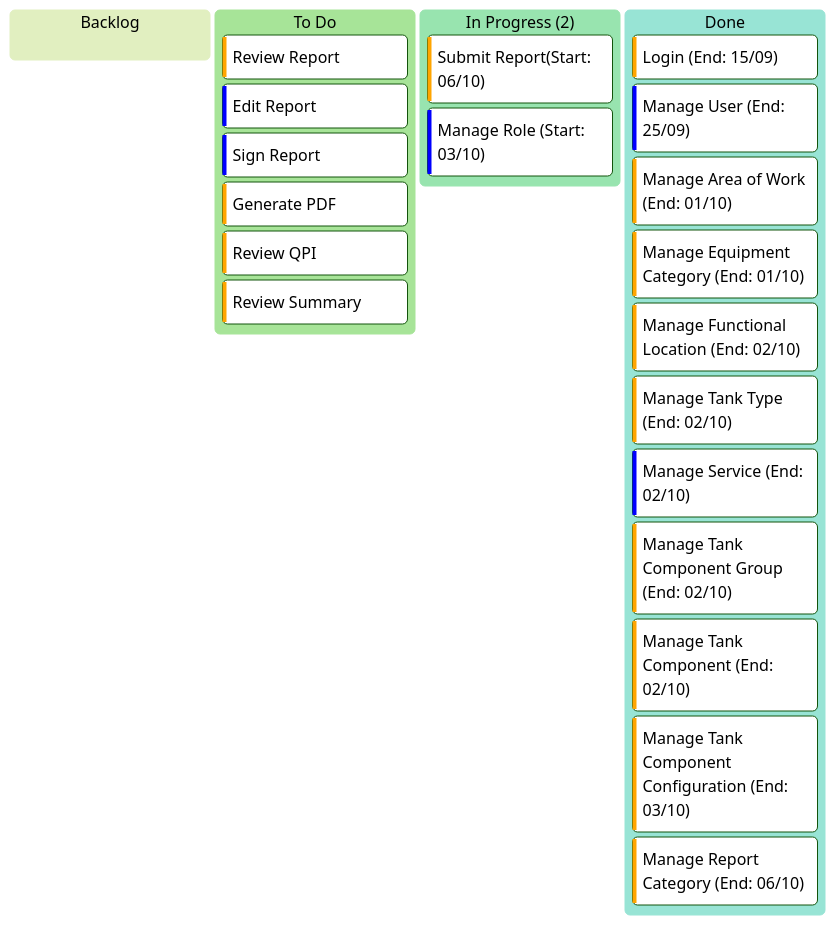
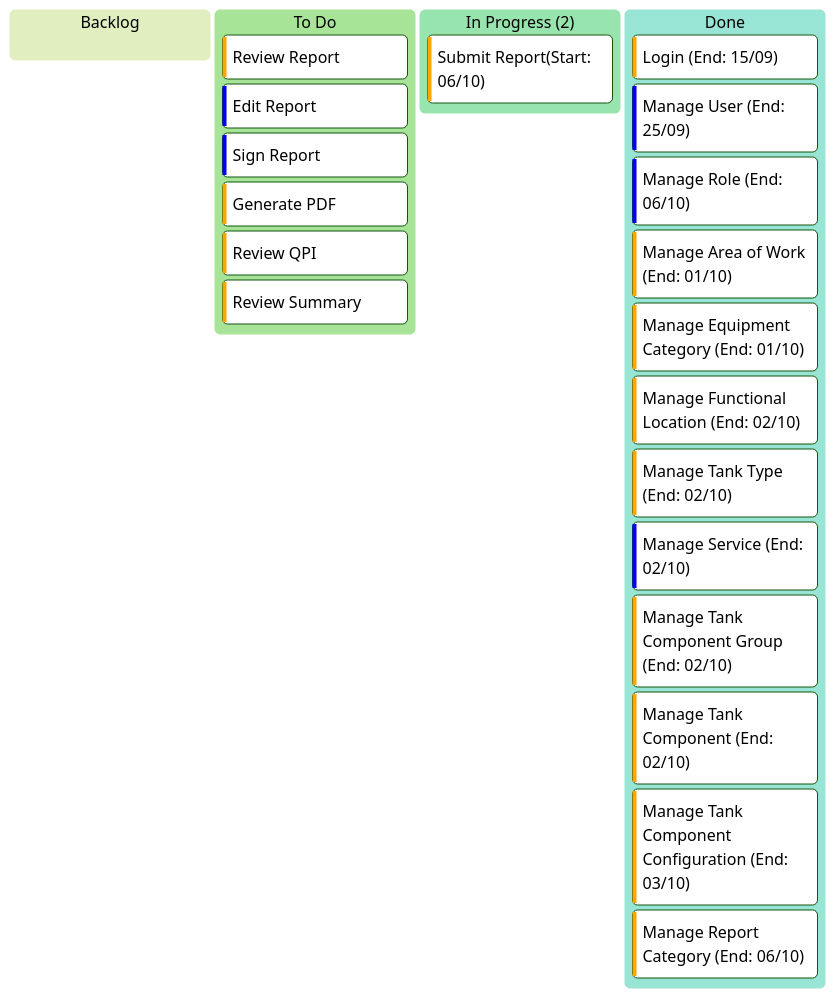
Before and after one commit to billdansr/kanban-boc-om: the diagram in Kanban/02-Kanban.md, drawn with Mermaid (forest theme).

Commit message:
vault backup: 2025-10-06 11:21:07 Manage Role: In Progress -> Done. Ended in 06/10

````diff
--- a/Kanban/02-Kanban.md
+++ b/Kanban/02-Kanban.md
@@ -3,29 +3,29 @@
 ```mermaid
 kanban
   backlog[Backlog]
 
   todo[To Do]
 	  uc03[Review Report]@{priority: 'High'}
 	  uc04[Edit Report]@{priority: 'Low'}
 	  uc05[Sign Report]@{priority: 'Low'}
 	  uc06[Generate PDF]@{priority: 'High'}
 	  uc07[Review QPI]@{priority: 'High'}
 	  uc08[Review Summary]@{priority: 'High'}
 	  
   inprogress["In Progress (2)"]
 	  uc02["Submit Report(Start: 06/10)"]@{priority: 'High'}
-	  uc10["Manage Role (Start: 03/10)"]@{priority: 'Low'}
 
   done[Done]
 	  uc01["Login (End: 15/09)"]@{priority: 'High'}
 	  uc09["Manage User (End: 25/09)"]@{priority: 'Low'}
+	  uc10["Manage Role (End: 06/10)"]@{priority: 'Low'}
 	  uc11["Manage Area of Work (End: 01/10)"]@{priority: 'High'}
 	  uc12["Manage Equipment Category (End: 01/10)"]@{priority: 'High'}
 	  uc13["Manage Functional Location (End: 02/10)"]@{priority: 'High'}
 	  uc14["Manage Tank Type (End: 02/10)"]@{priority: 'High'}
 	  uc15["Manage Service (End: 02/10)"]@{priority: 'Low'}
 	  uc16["Manage Tank Component Group (End: 02/10)"]@{priority: 'High'}
 	  uc17["Manage Tank Component (End: 02/10)"]@{priority: 'High'}
 	  uc18["Manage Tank Component Configuration (End: 03/10)"]@{priority: 'High'}
 	  uc19["Manage Report Category (End: 06/10)"]@{priority: 'High'}
 ```
````
